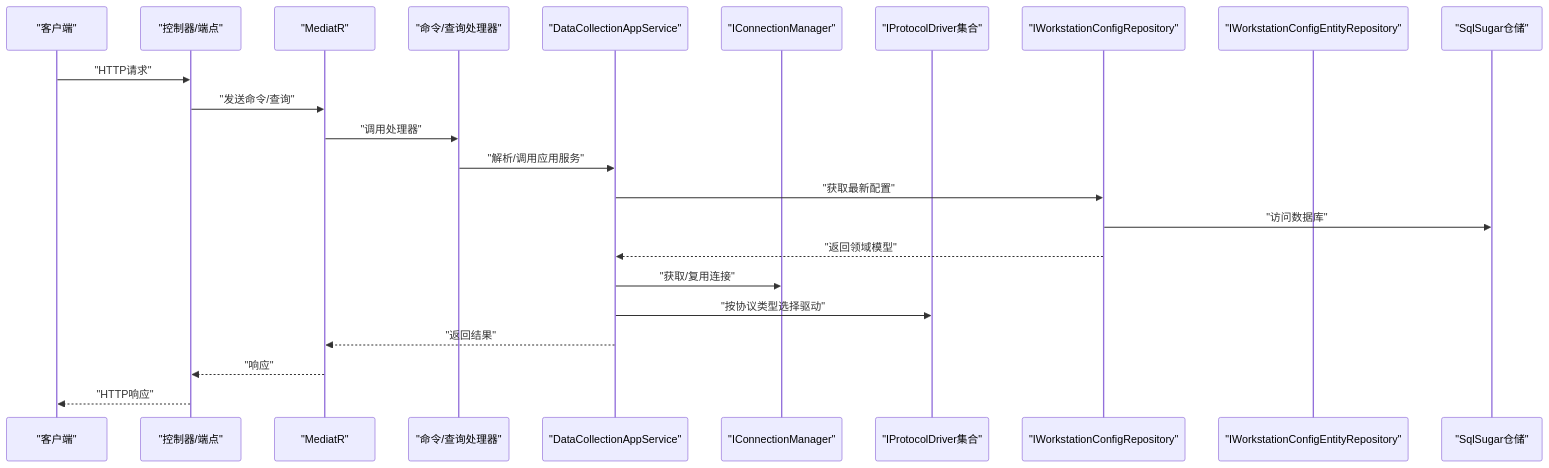
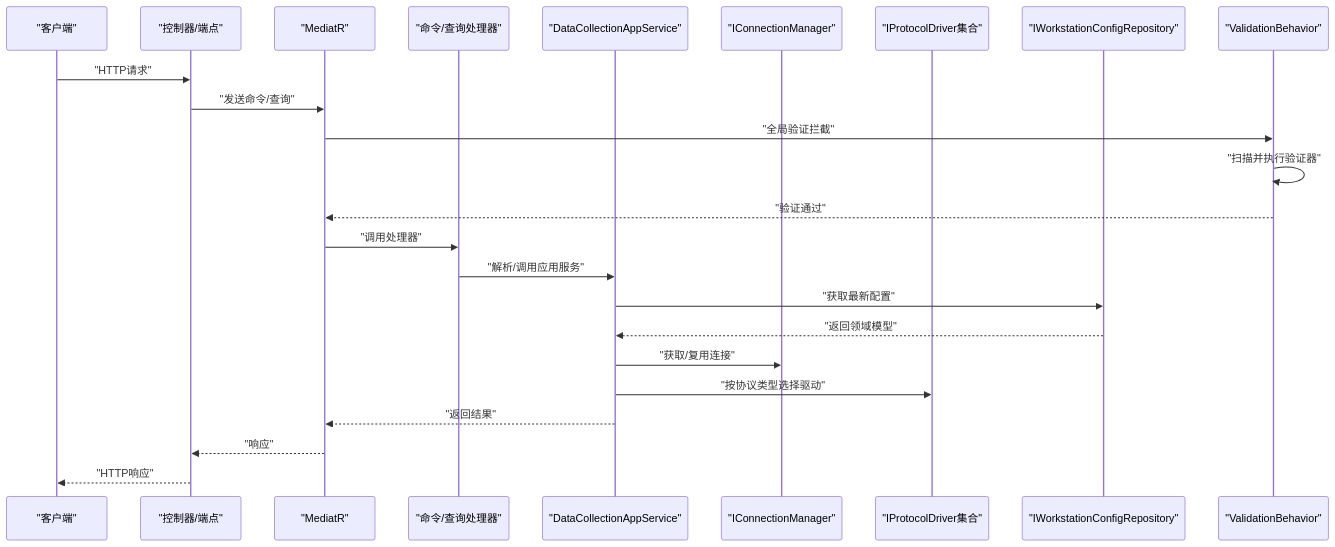
The second of 3 diagrams in .qoder/repowiki/zh/content/系统架构设计/依赖注入配置.md (whitemousetl/IndustrialDataSolution), drawn with Mermaid before and after one commit. The commit also changed other lines of this file and 13 other files, not shown here.

````diff
--- a/.qoder/repowiki/zh/content/系统架构设计/依赖注入配置.md
+++ b/.qoder/repowiki/zh/content/系统架构设计/依赖注入配置.md
@@ -117,25 +98,26 @@
 ```mermaid
 sequenceDiagram
 participant Client as "客户端"
 participant API as "控制器/端点"
 participant Mediator as "MediatR"
 participant Handler as "命令/查询处理器"
 participant AppSvc as "DataCollectionAppService"
 participant ConnMgr as "IConnectionManager"
 participant Drivers as "IProtocolDriver集合"
 participant Repo as "IWorkstationConfigRepository"
-participant EntityRepo as "IWorkstationConfigEntityRepository"
-participant Persist as "SqlSugar仓储"
+participant ValidBehavior as "ValidationBehavior"
 Client->>API : "HTTP请求"
 API->>Mediator : "发送命令/查询"
+Mediator->>ValidBehavior : "全局验证拦截"
+ValidBehavior->>ValidBehavior : "扫描并执行验证器"
+ValidBehavior-->>Mediator : "验证通过"
 Mediator->>Handler : "调用处理器"
 Handler->>AppSvc : "解析/调用应用服务"
 AppSvc->>Repo : "获取最新配置"
-Repo->>Persist : "访问数据库"
 Repo-->>AppSvc : "返回领域模型"
 AppSvc->>ConnMgr : "获取/复用连接"
 AppSvc->>Drivers : "按协议类型选择驱动"
 AppSvc-->>Mediator : "返回结果"
 Mediator-->>API : "响应"
 API-->>Client : "HTTP响应"
 ```
````
